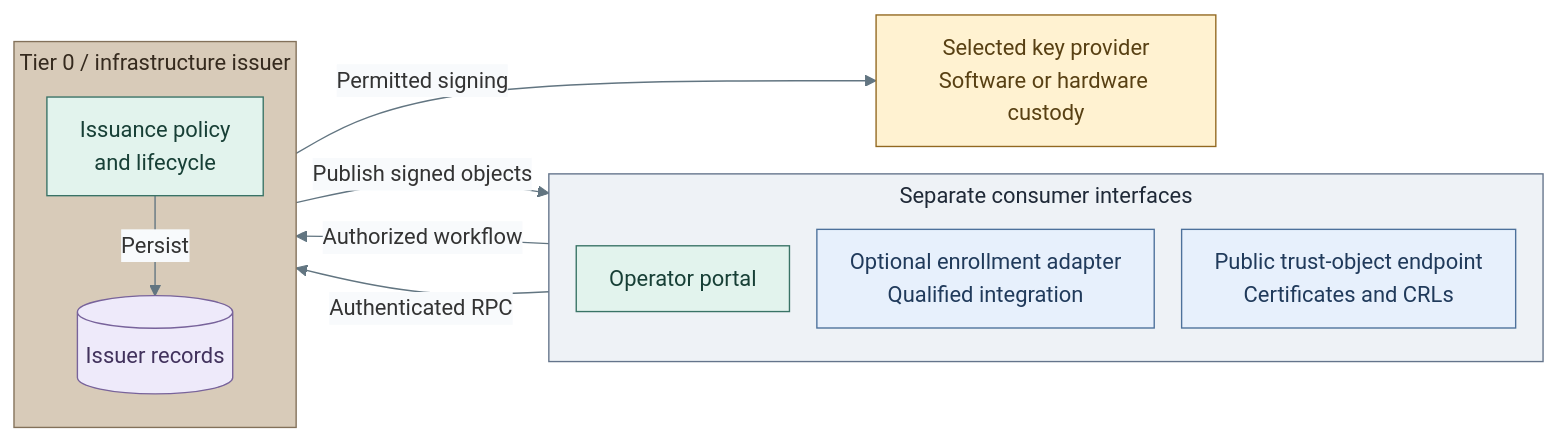
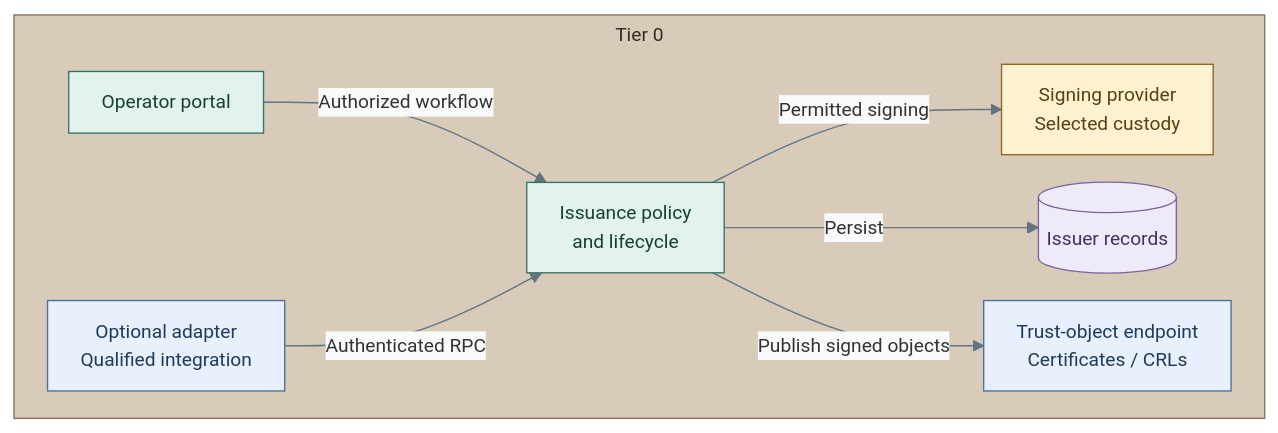
Before and after one commit to Rexus/homelab: the second of 3 diagrams in docs/01-architecture/08-cryptography/01-certificate-authority.md, drawn with Mermaid. The commit also changed other lines of this file and 124 other files, not shown here.

First line of the commit message:
fix(platform): align service diagrams and directory failover

````diff
--- a/docs/01-architecture/08-cryptography/01-certificate-authority.md
+++ b/docs/01-architecture/08-cryptography/01-certificate-authority.md
@@ -84,33 +82,31 @@
 ```mermaid
-%%{init: {"theme":"base","flowchart":{"nodeSpacing":20,"rankSpacing":24,"padding":12,"subGraphTitleMargin":{"top":4,"bottom":12}},"themeVariables":{"lineColor":"#627581","edgeLabelBackground":"#f8fafc"}}}%%
+%%{init: {"theme":"base","flowchart":{"nodeSpacing":20,"rankSpacing":24,"padding":12,"subGraphTitleMargin":{"top":4,"bottom":12}},"themeVariables":{"lineColor":"#627581","edgeLabelBackground":"#f8fafc","fontFamily":"Arial, sans-serif","fontSize":"14px"},"fontFamily":"Arial, sans-serif"}}%%
 flowchart LR
-  subgraph Access["Separate consumer interfaces"]
-    direction TB
+  subgraph Authority["Tier 0"]
+    direction LR
     Portal["Operator portal"]
-    Bridge["Optional enrollment adapter<br/>Qualified integration"]
-    Publication["Public trust-object endpoint<br/>Certificates and CRLs"]
+    Bridge["Optional adapter<br/>Qualified integration"]
+    Issuer["Issuance policy<br/>and lifecycle"]
+    Keys["Signing provider<br/>Selected custody"]
+    Records[("Issuer records")]
+    Publication["Trust-object endpoint<br/>Certificates / CRLs"]
+    Portal -->|Authorized workflow| Issuer
+    Bridge -->|Authenticated RPC| Issuer
+    Issuer -->|Permitted signing| Keys
+    Issuer -->|Persist| Records
+    Issuer -->|Publish signed objects| Publication
   end
-  subgraph Authority["Tier 0 / infrastructure issuer"]
-    direction TB
-    Issuer["Issuance policy<br/>and lifecycle"]
-    Records[("Issuer records")]
-    Issuer -->|Persist| Records
-  end
-  Portal -->|Authorized workflow| Issuer
-  Bridge -->|Authenticated RPC| Issuer
-  Issuer -->|Publish signed objects| Publication
-  Issuer -->|Permitted signing| Keys["Selected key provider<br/>Software or hardware custody"]
   classDef default fill:#f8fafc,stroke:#64748b,color:#1f2937
   classDef control fill:#e2f3ed,stroke:#397366,color:#173f36
   classDef services fill:#e7f0fc,stroke:#4d719b,color:#203a5b
   classDef custody fill:#fff2d1,stroke:#926820,color:#584013
   classDef boundary fill:#eef2f6,stroke:#64748b,color:#1f2937
   classDef data fill:#eeeafa,stroke:#78639b,color:#42325d
   classDef tier0 fill:#d8cbb9,stroke:#83715a,color:#352a1e
-  class Access boundary
   class Authority tier0
   class Portal,Issuer control
   class Bridge,Publication services
   class Keys custody
   class Records data
+  classDef group fill:#f5f6f7,stroke:#89939e,color:#273340,stroke-dasharray:2 3
 ```
````
